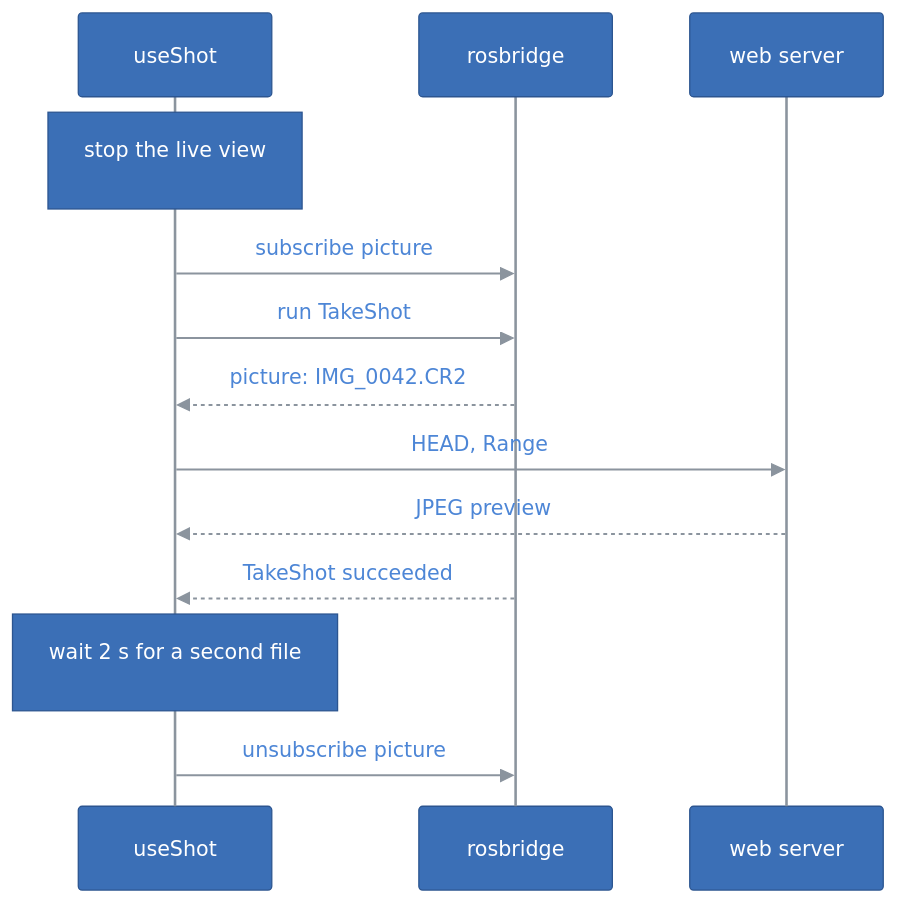
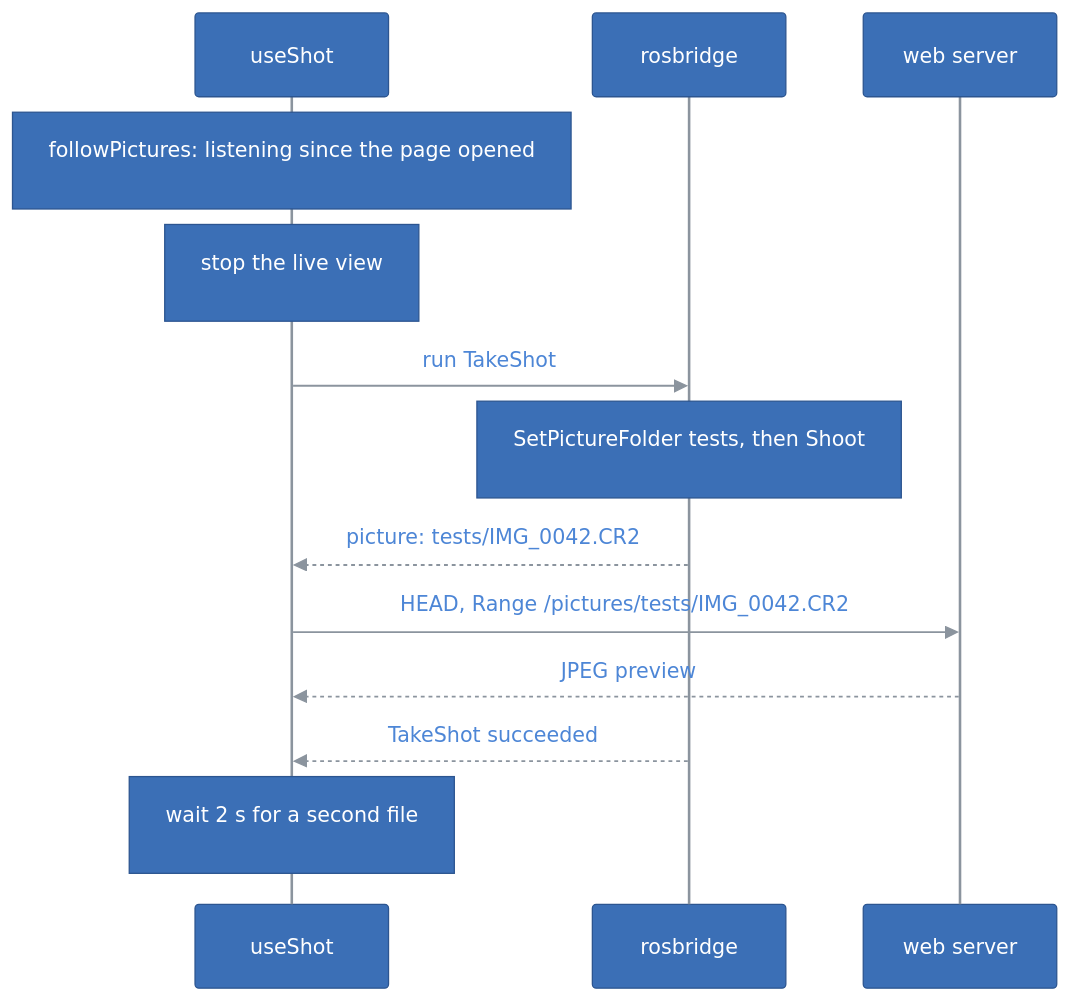
One commit to kineticsystem/stepit-macro changed the fourth of 5 diagrams in ui/docs/ARCHITECTURE.md. Above: the diagram before and after it, drawn with Mermaid. The commit also changed other lines of this file and 3 other files, not shown here.

First line of the commit message:
Bring the READMEs and the UI architecture up to the shared state

````diff
--- a/ui/docs/ARCHITECTURE.md
+++ b/ui/docs/ARCHITECTURE.md
@@ -330,70 +333,70 @@
 ```mermaid
 ---
 config:
   theme: base
   themeCSS: ".edgeLabel p { padding: 4px 10px; }"
   flowchart:
     padding: 20
     nodeSpacing: 40
     rankSpacing: 50
   class:
     padding: 16
   sequence:
     boxMargin: 12
     boxTextMargin: 8
     noteMargin: 28
     messageMargin: 40
     actorMargin: 60
     labelBoxWidth: 56
     labelBoxHeight: 28
   themeVariables:
     primaryColor: "#3b6fb6"
     primaryTextColor: "#ffffff"
     primaryBorderColor: "#2c5590"
     lineColor: "#8b949e"
     textColor: "#4d86d6"
     actorBkg: "#3b6fb6"
     actorBorder: "#2c5590"
     actorTextColor: "#ffffff"
     actorLineColor: "#8b949e"
     signalColor: "#8b949e"
     signalTextColor: "#4d86d6"
     noteBkgColor: "#3b6fb6"
     noteTextColor: "#ffffff"
     noteBorderColor: "#2c5590"
     secondaryColor: "#3b6fb6"
     tertiaryColor: "#3b6fb6"
     clusterBkg: "transparent"
     clusterBorder: "#8b949e"
     titleColor: "#4d86d6"
     edgeLabelBackground: "#3b6fb6"
     classText: "#ffffff"
     labelBoxBkgColor: "#3b6fb6"
     labelBoxBorderColor: "#2c5590"
     labelTextColor: "#ffffff"
     loopTextColor: "#4d86d6"
     mainBkg: "#3b6fb6"
     nodeBorder: "#2c5590"
     nodeTextColor: "#ffffff"
     secondaryBorderColor: "#2c5590"
     secondaryTextColor: "#ffffff"
     tertiaryBorderColor: "#2c5590"
     tertiaryTextColor: "#ffffff"
     errorBkgColor: "#3b6fb6"
     errorTextColor: "#ffffff"
 ---
 sequenceDiagram
     participant Shot as useShot
     participant Rig as rosbridge
     participant Web as web server
 
+    Note over Shot: followPictures: listening since the page opened
     Note over Shot: stop the live view
-    Shot->>Rig: subscribe picture
     Shot->>Rig: run TakeShot
-    Rig-->>Shot: picture: IMG_0042.CR2
-    Shot->>Web: HEAD, Range
+    Note over Rig: SetPictureFolder tests, then Shoot
+    Rig-->>Shot: picture: tests/IMG_0042.CR2
+    Shot->>Web: HEAD, Range /pictures/tests/IMG_0042.CR2
     Web-->>Shot: JPEG preview
     Rig-->>Shot: TakeShot succeeded
     Note over Shot: wait 2 s for a second file
-    Shot->>Rig: unsubscribe picture
 ```
````
